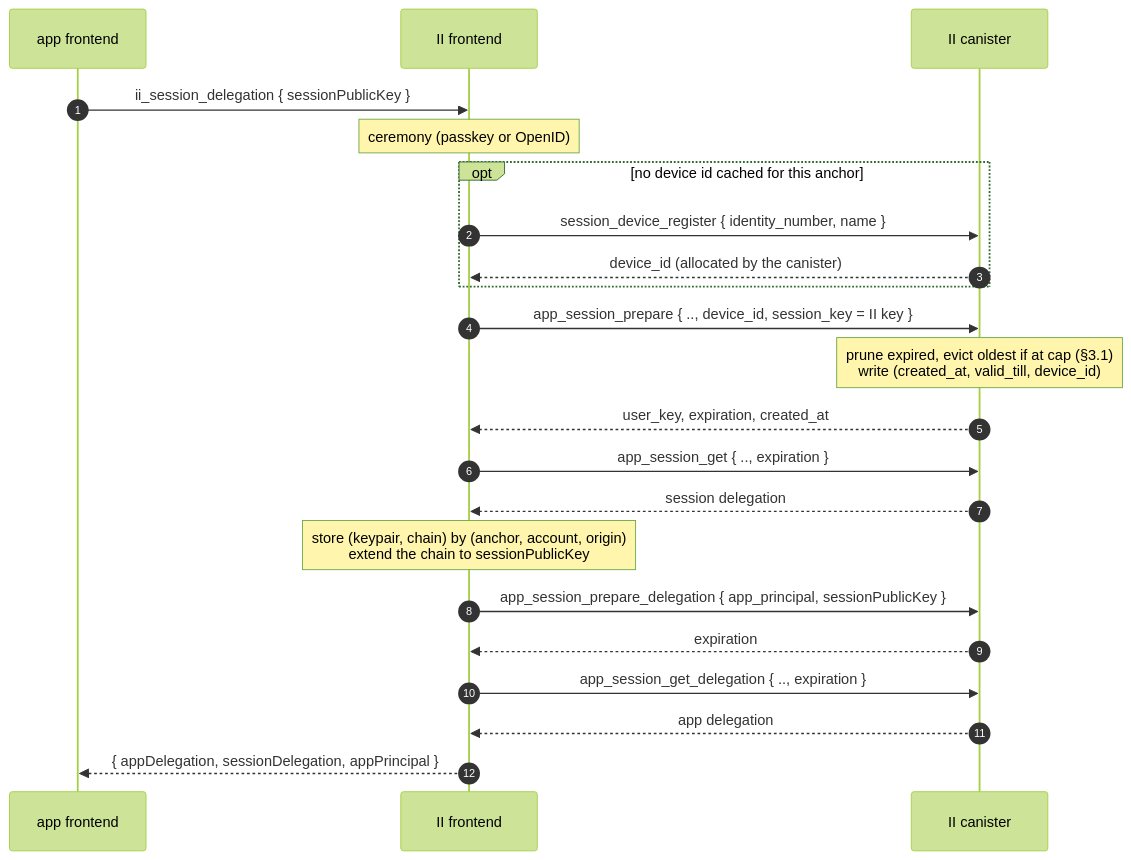
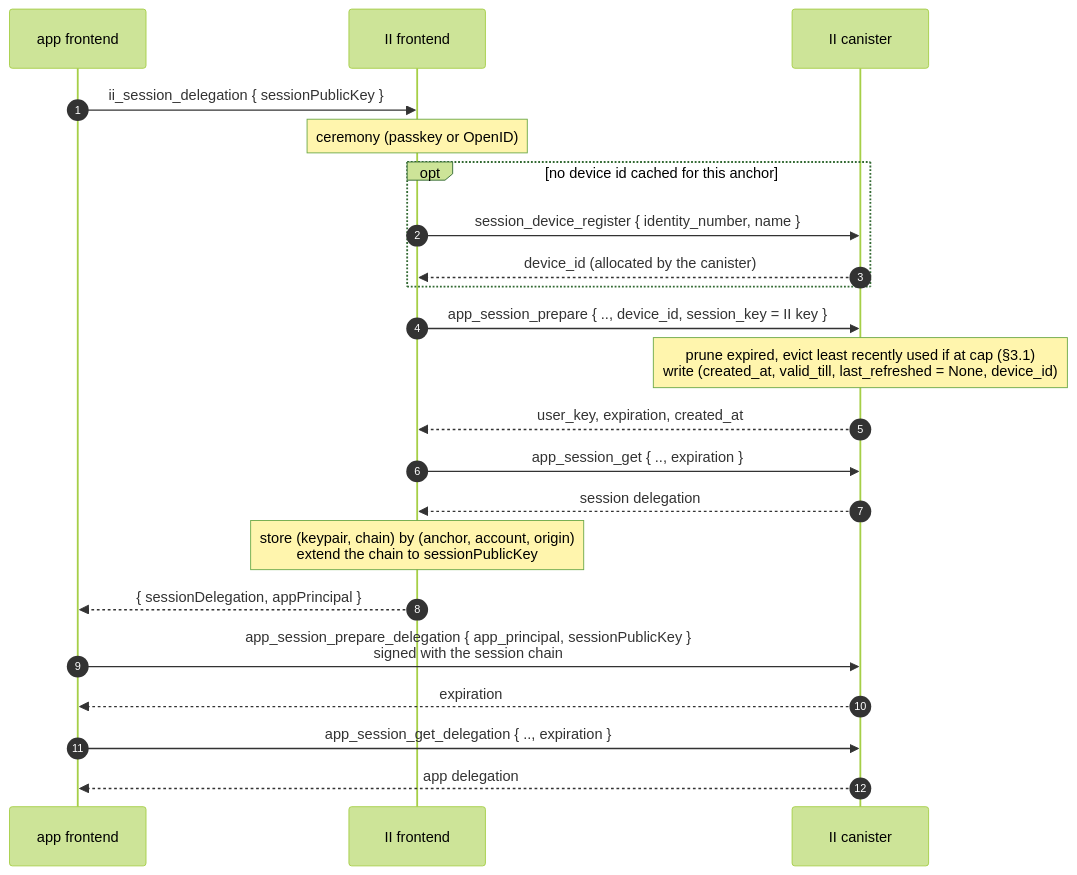
Before and after one commit to dfinity/internet-identity: the third of 7 diagrams in docs/ongoing/revocable-app-sessions.md, drawn with Mermaid (forest theme). The commit also changed other lines of this file, not shown here.

First line of the commit message:
docs: make the session RPC return only a session

````diff
--- a/docs/ongoing/revocable-app-sessions.md
+++ b/docs/ongoing/revocable-app-sessions.md
@@ -190,24 +201,24 @@
 ```mermaid
 sequenceDiagram
     autonumber
     participant App as app frontend
     participant IIF as II frontend
     participant IIC as II canister
     App->>IIF: ii_session_delegation { sessionPublicKey }
     Note over IIF: ceremony (passkey or OpenID)
     opt no device id cached for this anchor
         IIF->>IIC: session_device_register { identity_number, name }
         IIC-->>IIF: device_id (allocated by the canister)
     end
     IIF->>IIC: app_session_prepare { .., device_id, session_key = II key }
-    Note over IIC: prune expired, evict oldest if at cap (§3.1)<br/>write (created_at, valid_till, device_id)
+    Note over IIC: prune expired, evict least recently used if at cap (§3.1)<br/>write (created_at, valid_till, last_refreshed = None, device_id)
     IIC-->>IIF: user_key, expiration, created_at
     IIF->>IIC: app_session_get { .., expiration }
     IIC-->>IIF: session delegation
     Note over IIF: store (keypair, chain) by (anchor, account, origin)<br/>extend the chain to sessionPublicKey
-    IIF->>IIC: app_session_prepare_delegation { app_principal, sessionPublicKey }
-    IIC-->>IIF: expiration
-    IIF->>IIC: app_session_get_delegation { .., expiration }
-    IIC-->>IIF: app delegation
-    IIF-->>App: { appDelegation, sessionDelegation, appPrincipal }
+    IIF-->>App: { sessionDelegation, appPrincipal }
+    App->>IIC: app_session_prepare_delegation { app_principal, sessionPublicKey }<br/>signed with the session chain
+    IIC-->>App: expiration
+    App->>IIC: app_session_get_delegation { .., expiration }
+    IIC-->>App: app delegation
 ```
````
